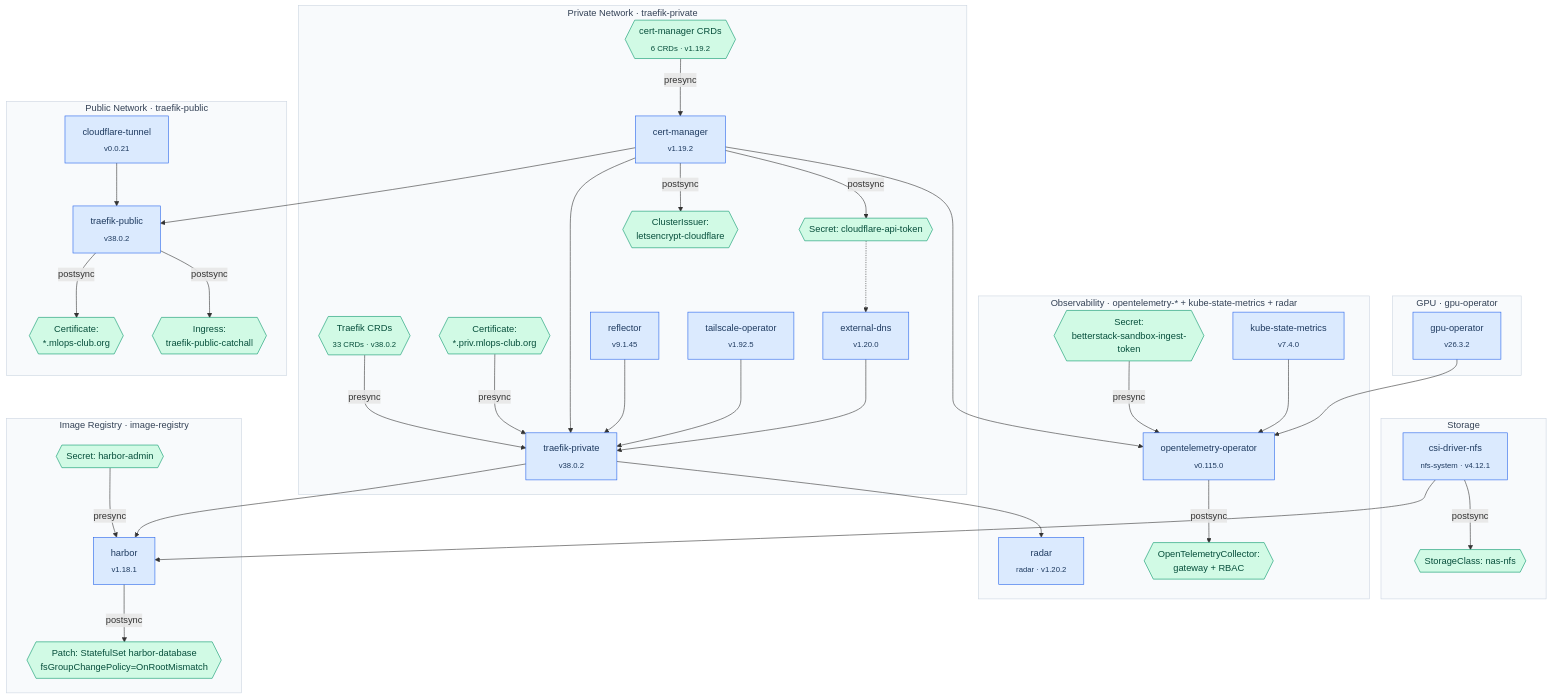
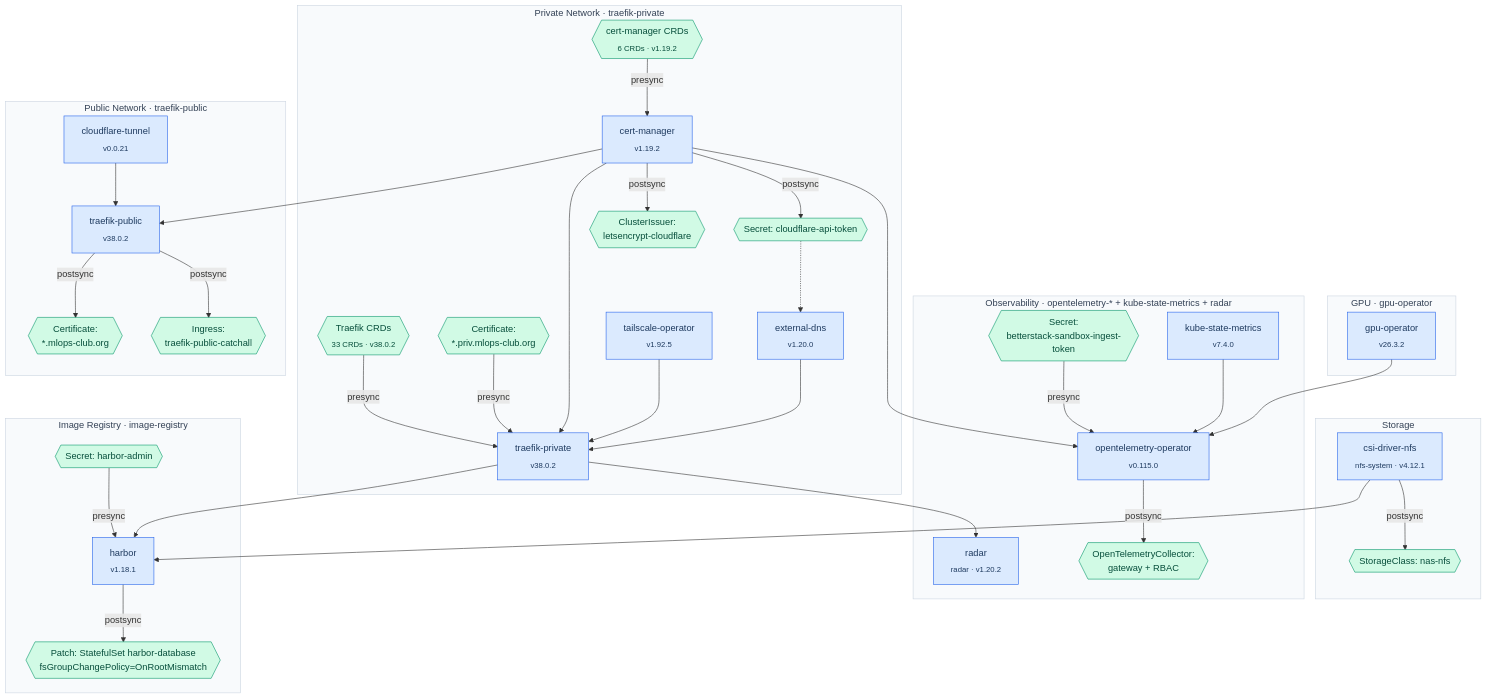
Before and after one commit to mlops-club/homelab-cluster: the diagram in README.md, drawn with Mermaid. The commit also changed other lines of this file and 40 other files, not shown here.

First line of the commit message:
refactor(network): default TLSStore per Traefik, remove Reflector (#48)

```diff
--- a/README.md
+++ b/README.md
@@ -50,7 +50,6 @@
         CM -- postsync --> CF_SEC
         CM -- postsync --> CI
 
-        REF[reflector<br/><sub>v9.1.45</sub>]:::release
         TS[tailscale-operator<br/><sub>v1.92.5</sub>]:::release
         EDNS[external-dns<br/><sub>v1.20.0</sub>]:::release
 
@@ -84,7 +83,6 @@
 
     %% ── INTER-RELEASE DEPENDENCIES (needs) ───────────────────────
     CM --> TP
-    REF --> TP
     TS --> TP
     EDNS --> TP
 
@@ -96,7 +94,7 @@
     NFS --> HAR
     TP --> HAR
 
-    %% Radar needs traefik-private (ingress class + priv-wildcard-tls).
+    %% Radar needs traefik-private (ingress class + default TLS certificate).
     TP --> RADAR
 
     %% OpenTelemetry Operator needs cert-manager (webhook TLS) and
```
